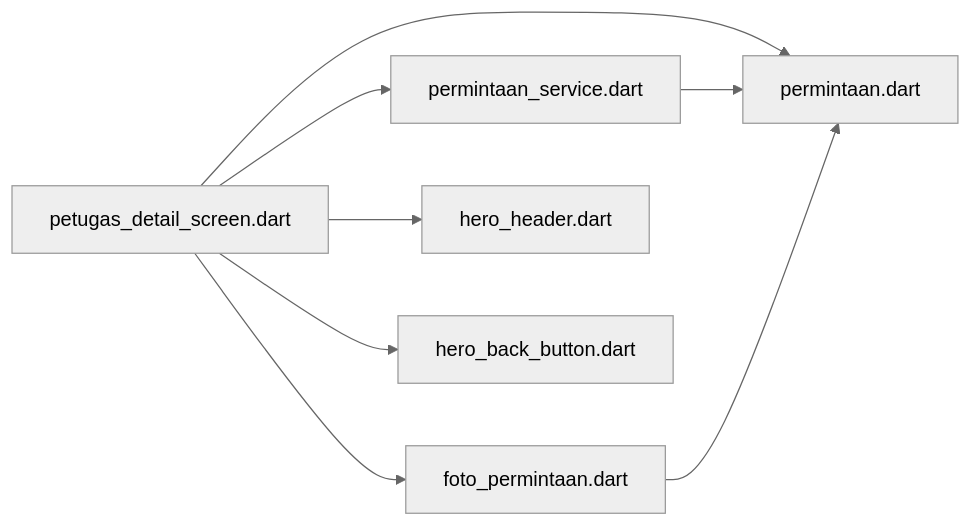
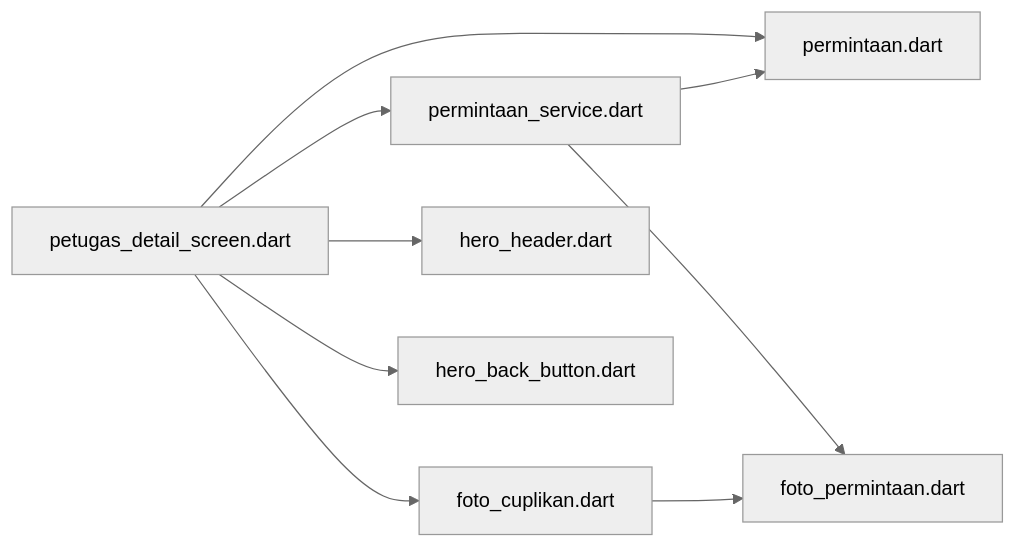
The eighth of 8 diagrams in .qoder/repowiki/en/content/Mobile Application/Staff Workflow/Task Detail Screen.md (rdsarjito/whoosh-ramah), drawn with Mermaid (neutral theme) before and after one commit. The commit also changed other lines of this file and 18 other files, not shown here.

````diff
--- a/.qoder/repowiki/en/content/Mobile Application/Staff Workflow/Task Detail Screen.md
+++ b/.qoder/repowiki/en/content/Mobile Application/Staff Workflow/Task Detail Screen.md
@@ -423,10 +488,11 @@
 ```mermaid
 graph LR
 PDS["petugas_detail_screen.dart"] --> M["permintaan.dart"]
 PDS --> PS["permintaan_service.dart"]
-PDS --> FP["foto_permintaan.dart"]
+PDS --> FC["foto_cuplikan.dart"]
 PDS --> HH["hero_header.dart"]
 PDS --> HBB["hero_back_button.dart"]
 PS --> M
-FP --> M
+PS --> FP["foto_permintaan.dart"]
+FC --> FP
 ```
````
